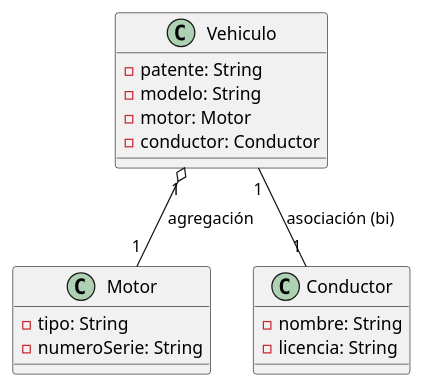
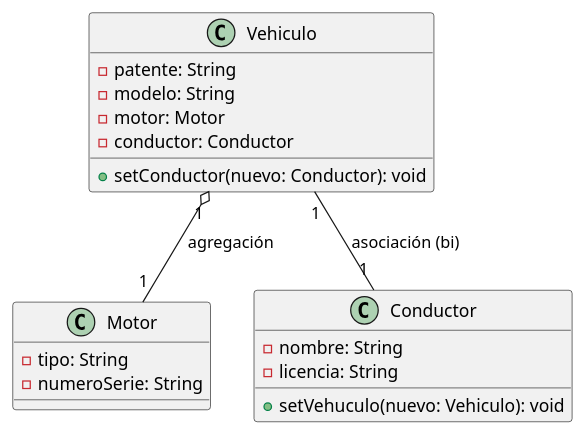
The diagram in docs/uml/plantuml/07-vehiculo-motor-conductor.puml (guillecampoy/tp5-UML), drawn with PlantUML before and after one commit. The commit also changed 13 other files, not shown here.

Commit message:
Se ajustan archivos puml(UML) con nombres de variables, atributos faltantes

```diff
--- a/docs/uml/plantuml/07-vehiculo-motor-conductor.puml
+++ b/docs/uml/plantuml/07-vehiculo-motor-conductor.puml
@@ -1,22 +1,24 @@
 @startuml
 class Vehiculo {
 -patente: String
 -modelo: String
 -motor: Motor
 -conductor: Conductor
++setConductor(nuevo: Conductor): void
 }
 
 class Motor {
 -tipo: String
 -numeroSerie: String
 
 }
 
 class Conductor {
 -nombre: String
 -licencia: String
++setVehuculo(nuevo: Vehiculo): void
 }
 
 Vehiculo "1" o-- "1" Motor     : agregación
 Vehiculo "1" -- "1" Conductor  : asociación (bi)
 @enduml
```
